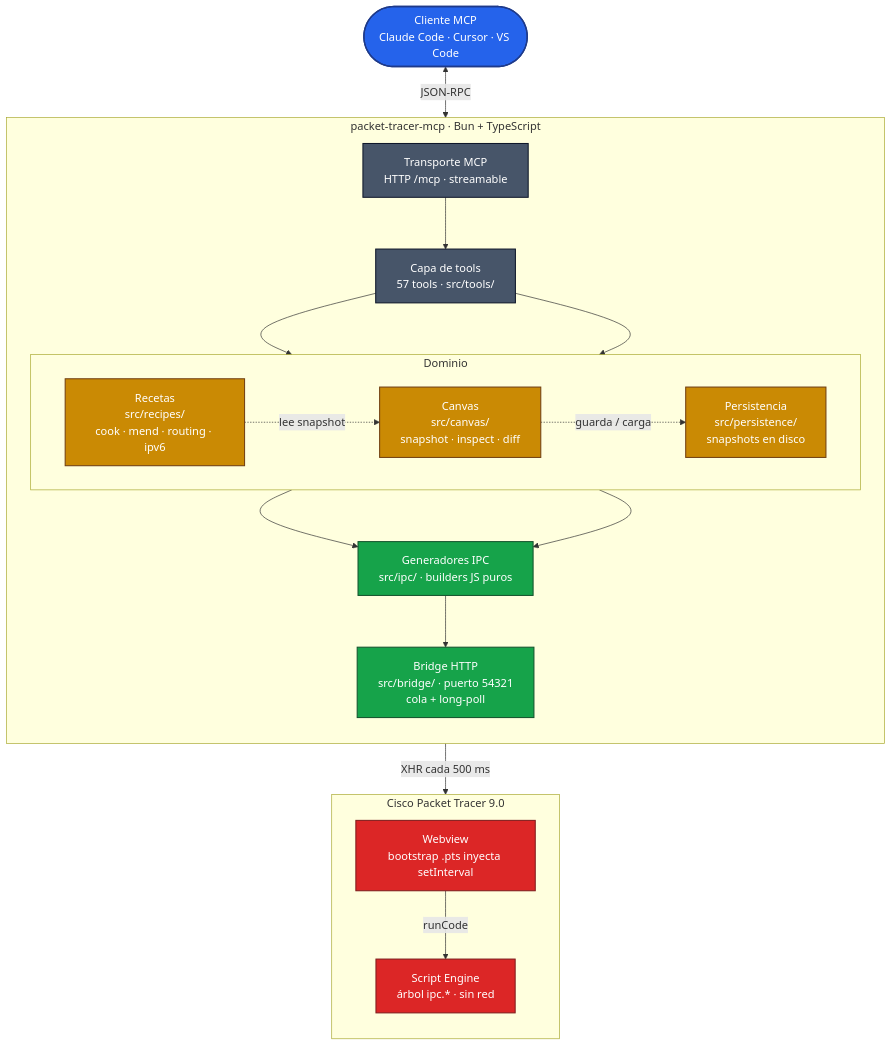
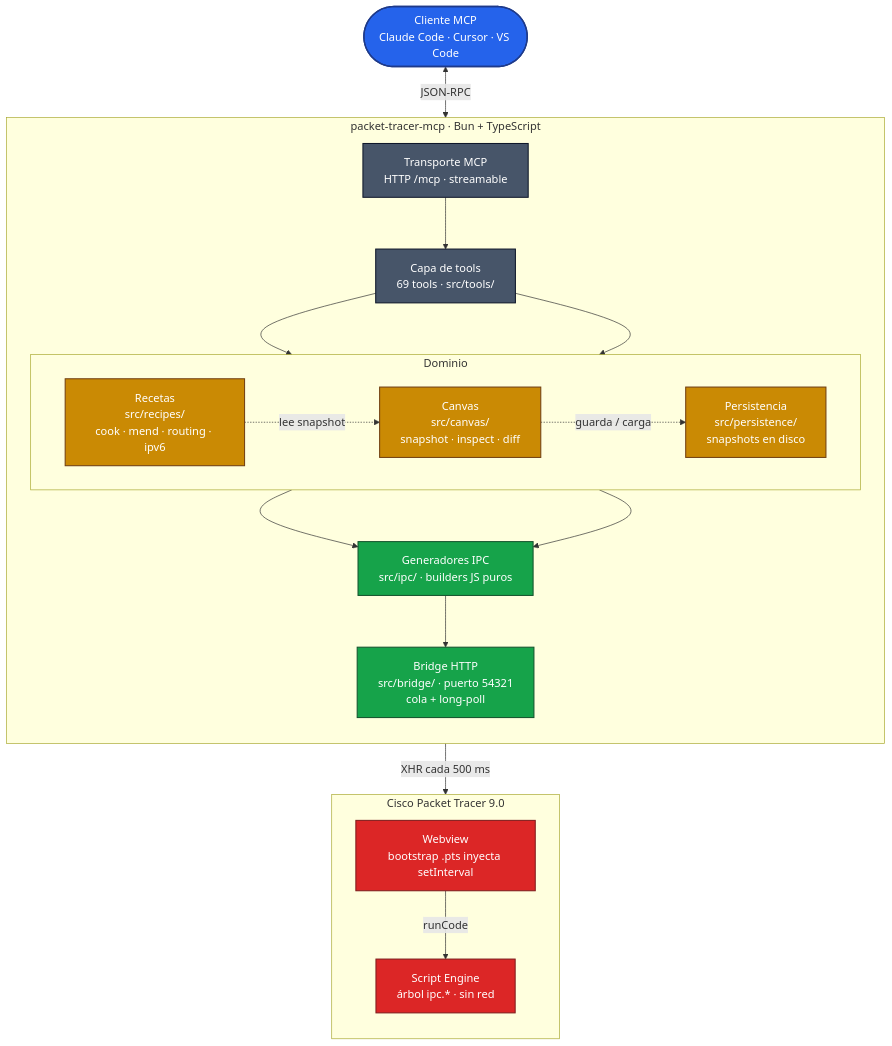
The diagram in docs/ARCHITECTURE.md (Jcorderop02/packet-tracer-mcp), drawn with Mermaid before and after one commit. The commit also changed other lines of this file and 95 other files, not shown here.

````diff
--- a/docs/ARCHITECTURE.md
+++ b/docs/ARCHITECTURE.md
@@ -12,50 +12,50 @@
 ```mermaid
 flowchart TD
     Client(["Cliente MCP<br/>Claude Code · Cursor · VS Code"])
 
     subgraph Server["packet-tracer-mcp · Bun + TypeScript"]
         direction TB
         Transport["Transporte MCP<br/>HTTP /mcp · streamable"]
-        Tools["Capa de tools<br/>57 tools · src/tools/"]
+        Tools["Capa de tools<br/>69 tools · src/tools/"]
 
         subgraph Domain["Dominio"]
             direction LR
             Recipes["Recetas<br/>src/recipes/<br/>cook · mend · routing · ipv6"]
             Canvas["Canvas<br/>src/canvas/<br/>snapshot · inspect · diff"]
             Persistence["Persistencia<br/>src/persistence/<br/>snapshots en disco"]
         end
 
         IPC["Generadores IPC<br/>src/ipc/ · builders JS puros"]
         Bridge["Bridge HTTP<br/>src/bridge/ · puerto 54321<br/>cola + long-poll"]
     end
 
     subgraph PT["Cisco Packet Tracer 9.0"]
         direction TB
         Webview["Webview<br/>bootstrap .pts inyecta setInterval"]
         Engine["Script Engine<br/>árbol ipc.* · sin red"]
     end
 
     Client <-- "JSON-RPC" --> Transport
     Transport --> Tools
     Tools --> Recipes
     Tools --> Canvas
     Recipes -. "lee snapshot" .-> Canvas
     Recipes --> IPC
     Canvas --> IPC
     Canvas -. "guarda / carga" .-> Persistence
     IPC --> Bridge
     Bridge -- "XHR cada 500 ms" --> Webview
     Webview -- "runCode" --> Engine
 
     classDef external fill:#2563eb,stroke:#1e3a8a,color:#ffffff,stroke-width:2px
     classDef server fill:#475569,stroke:#0f172a,color:#ffffff,stroke-width:1.5px
     classDef domain fill:#ca8a04,stroke:#713f12,color:#ffffff,stroke-width:1.5px
     classDef bridge fill:#16a34a,stroke:#14532d,color:#ffffff,stroke-width:1.5px
     classDef pt fill:#dc2626,stroke:#7f1d1d,color:#ffffff,stroke-width:1.5px
 
     class Client external
     class Transport,Tools server
     class Recipes,Canvas,Persistence domain
     class IPC,Bridge bridge
     class Webview,Engine pt
 ```
````
